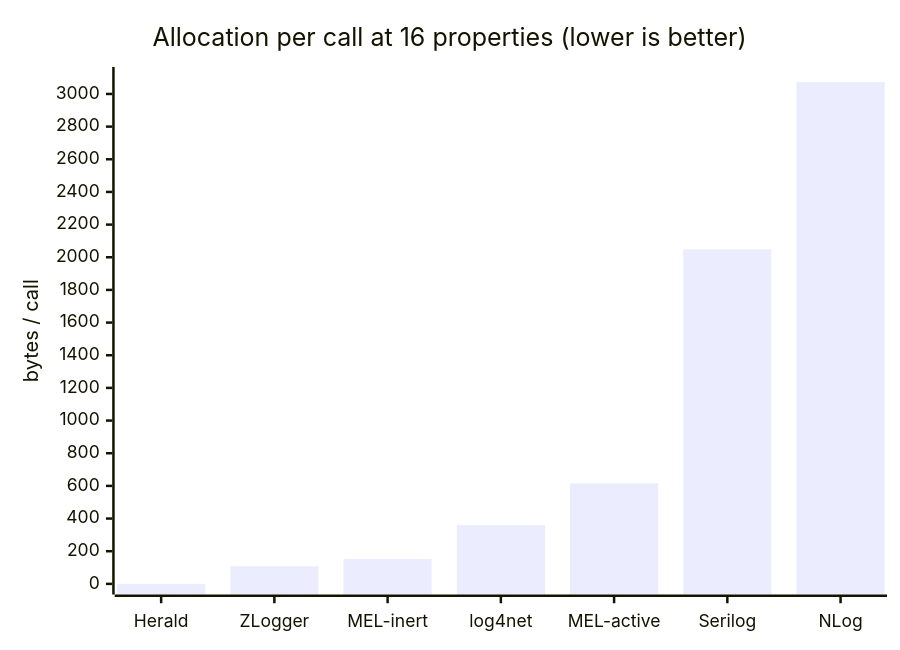
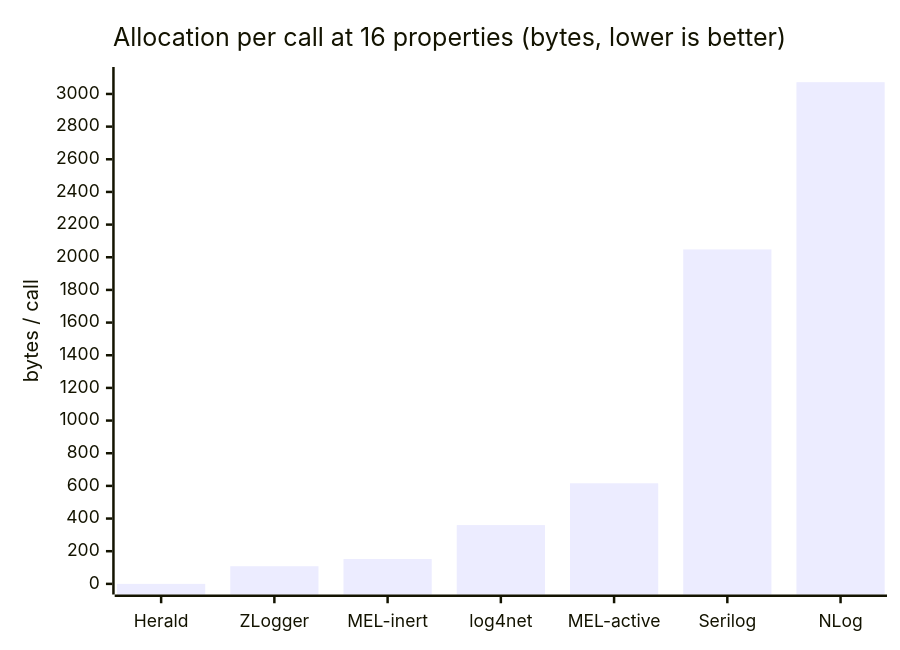
Before and after one commit to mmpworks/Herald.OSS: the fourth of 7 diagrams in docs/benchmarks/consolidated-benchmarks.md, drawn with Mermaid. The commit also changed other lines of this file and 13 other files, not shown here.

````diff
--- a/docs/benchmarks/consolidated-benchmarks.md
+++ b/docs/benchmarks/consolidated-benchmarks.md
@@ -146,7 +79,7 @@
 ```mermaid
 xychart-beta
-    title "Allocation per call at 16 properties (lower is better)"
+    title "Allocation per call at 16 properties (bytes, lower is better)"
     x-axis ["Herald", "ZLogger", "MEL-inert", "log4net", "MEL-active", "Serilog", "NLog"]
     y-axis "bytes / call" 0 --> 3100
     bar [0, 108, 152, 360, 616, 2048, 3072]
 ```
````
